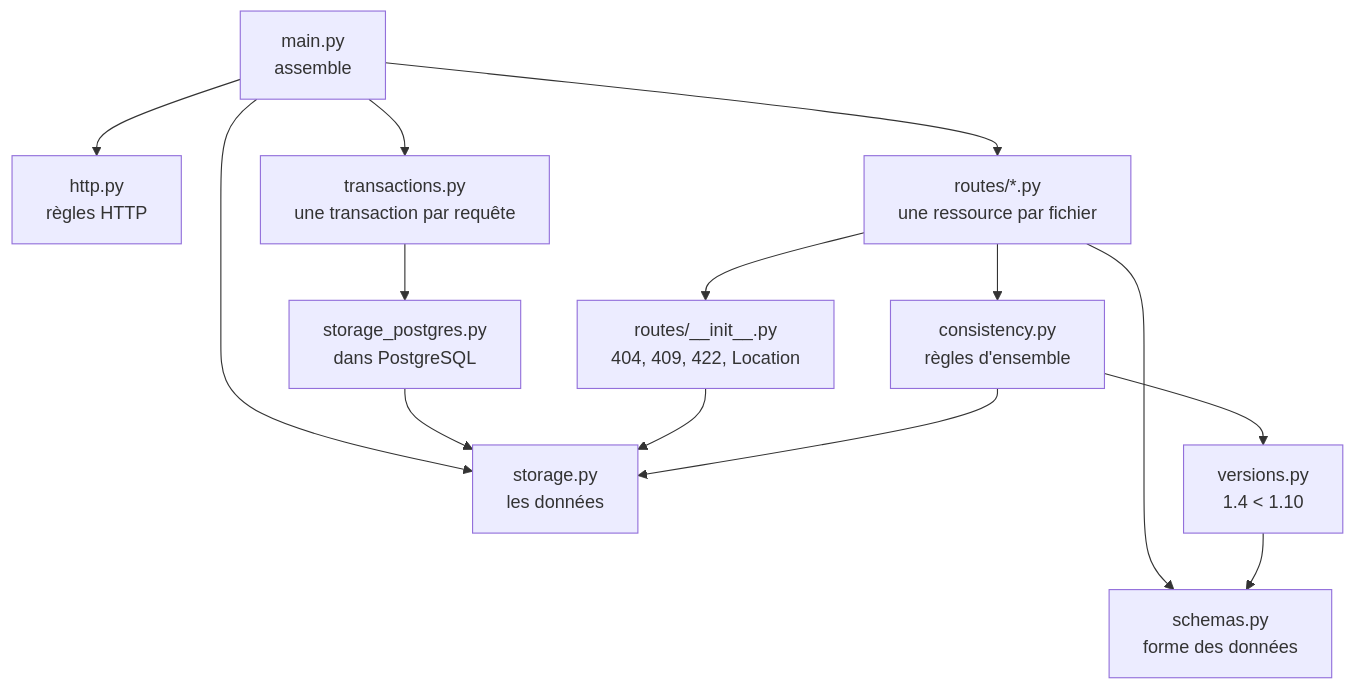
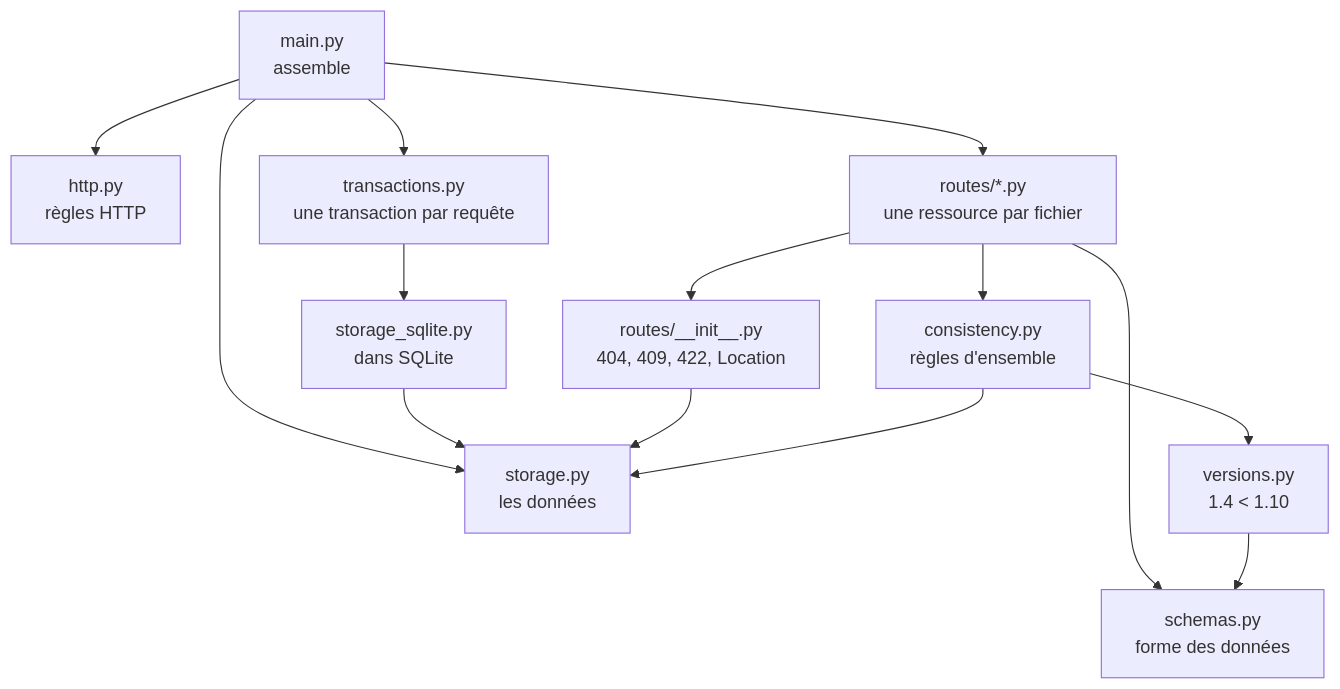
The first of 2 diagrams in docs/comprendre-le-code/01-decoupage.md (florent-coulon-deville/suivi-delivery), drawn with Mermaid before and after one commit. The commit also changed other lines of this file and 149 other files, not shown here.

````diff
--- a/docs/comprendre-le-code/01-decoupage.md
+++ b/docs/comprendre-le-code/01-decoupage.md
@@ -44,16 +37,16 @@
 ```mermaid
 flowchart TD
     main["main.py<br/>assemble"] --> http["http.py<br/>règles HTTP"]
     main --> routes["routes/*.py<br/>une ressource par fichier"]
     main --> stockage["storage.py<br/>les données"]
     main --> transactions["transactions.py<br/>une transaction par requête"]
-    transactions --> postgres["storage_postgres.py<br/>dans PostgreSQL"]
-    postgres --> stockage
+    transactions --> sqlite["storage_sqlite.py<br/>dans SQLite"]
+    sqlite --> stockage
     routes --> commun["routes/__init__.py<br/>404, 409, 422, Location"]
     routes --> schemas["schemas.py<br/>forme des données"]
     routes --> coherence["consistency.py<br/>règles d'ensemble"]
     commun --> stockage
     coherence --> versions["versions.py<br/>1.4 < 1.10"]
     coherence --> stockage
     versions --> schemas
 ```
````
